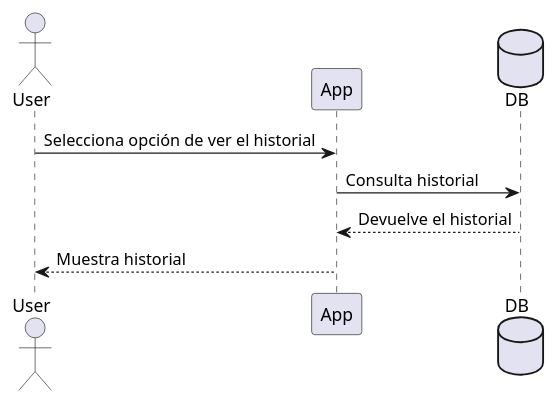
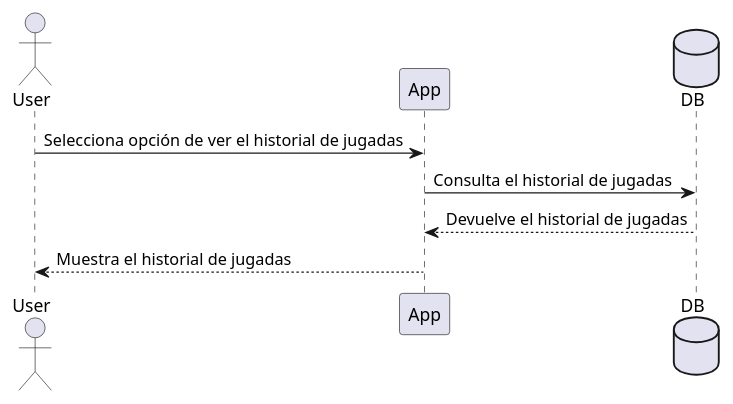
The seventh of 9 diagrams in docs/src/06_runtime_view.adoc (Arquisoft/wiq_es6b), drawn with PlantUML before and after one commit. The commit also changed other lines of this file and 1 other file, not shown here.

```diff
--- a/docs/src/06_runtime_view.adoc
+++ b/docs/src/06_runtime_view.adoc
@@ -81,11 +130,11 @@
 [plantuml,"Sequence diagram",png]
 ----
 actor User
 participant App
 database DB
 
-User -> App: Selecciona opción de ver el historial
-App -> DB: Consulta historial
-App <-- DB: Devuelve el historial
-User <-- App: Muestra historial
+User -> App: Selecciona opción de ver el historial de jugadas
+App -> DB: Consulta el historial de jugadas
+App <-- DB: Devuelve el historial de jugadas
+User <-- App: Muestra el historial de jugadas
 ----
```
